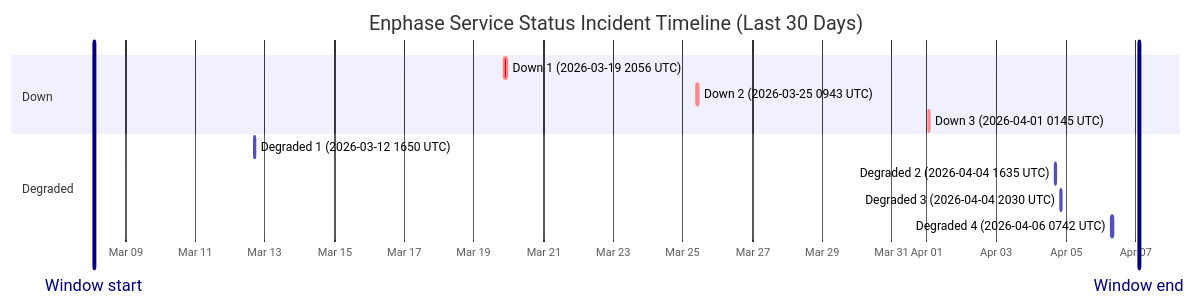
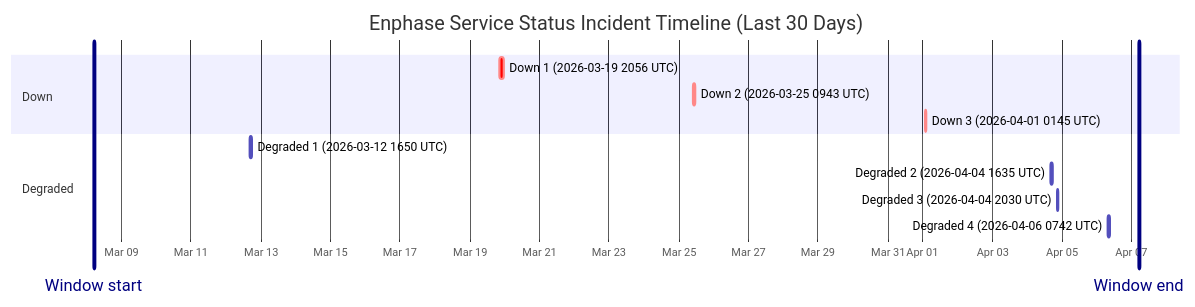
Before and after one commit to barneyonline/ha-enphase-ev-charger: the diagram in wiki/Service-Status-History.md, drawn with Mermaid. The commit also changed other lines of this file and 3 other files, not shown here.

````diff
--- a/wiki/Service-Status-History.md
+++ b/wiki/Service-Status-History.md
@@ -14,17 +14,17 @@
 ```mermaid
 gantt
     title Enphase Service Status Incident Timeline (Last 30 Days)
     dateFormat  YYYY-MM-DDTHH:mm:ss
     axisFormat  %b %d
-    Window start :vert, window-start, 2026-03-08T02:22:49, 0ms
-    Window end :vert, window-end, 2026-04-07T02:22:49, 0ms
+    Window start :vert, window-start, 2026-03-08T04:57:47, 0ms
+    Window end :vert, window-end, 2026-04-07T04:57:47, 0ms
     section Down
     Down 1 (2026-03-19 2056 UTC) :crit, down-1, 2026-03-19T20:56:20, 145m
     Down 2 (2026-03-25 0943 UTC) :crit, down-2, 2026-03-25T09:43:28, 111m
     Down 3 (2026-04-01 0145 UTC) :crit, down-3, 2026-04-01T01:45:09, 60m
     section Degraded
     Degraded 1 (2026-03-12 1650 UTC) :active, degraded-1, 2026-03-12T16:50:43, 60m
     Degraded 2 (2026-04-04 1635 UTC) :active, degraded-2, 2026-04-04T16:35:17, 60m
     Degraded 3 (2026-04-04 2030 UTC) :active, degraded-3, 2026-04-04T20:30:40, 60m
     Degraded 4 (2026-04-06 0742 UTC) :active, degraded-4, 2026-04-06T07:42:09, 85m
 ```
````
